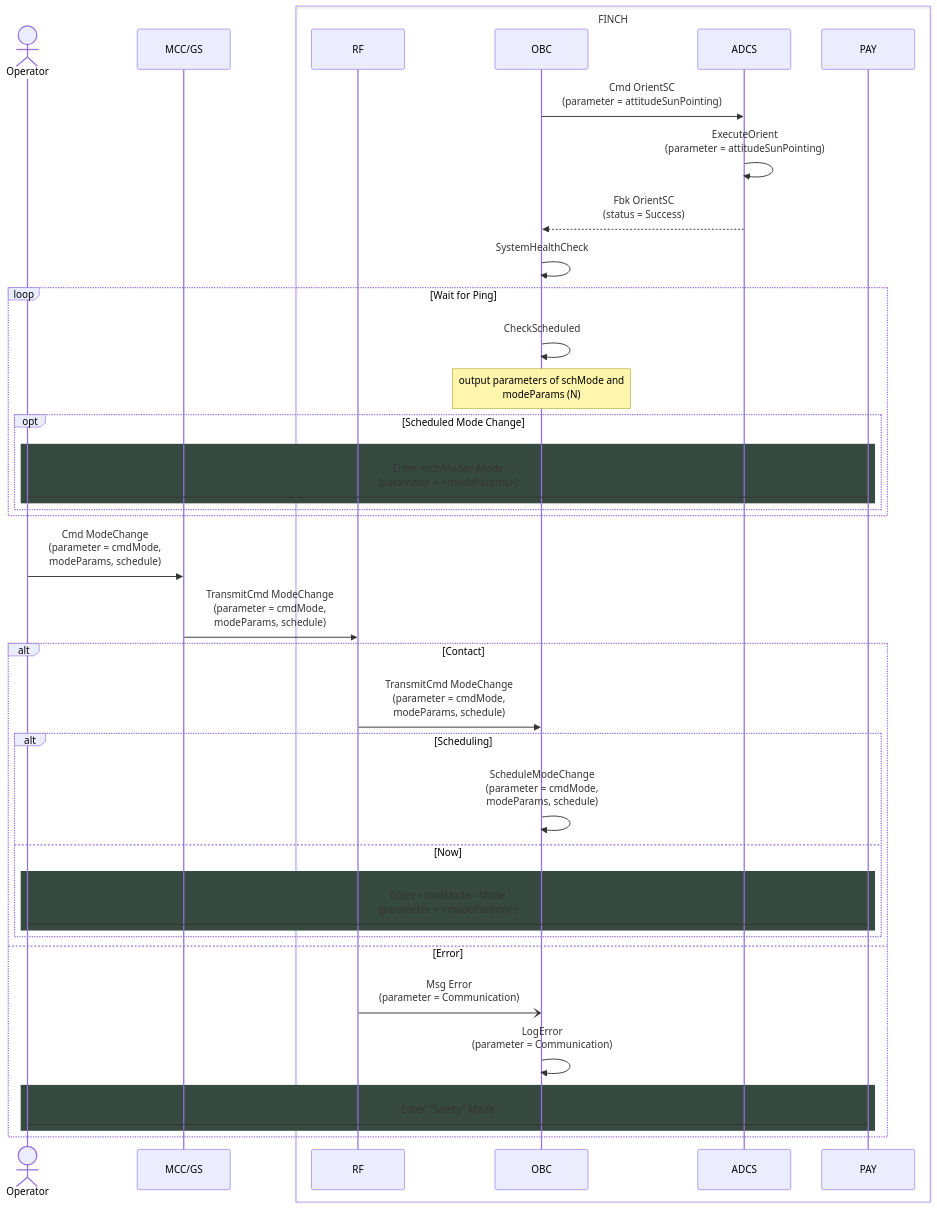
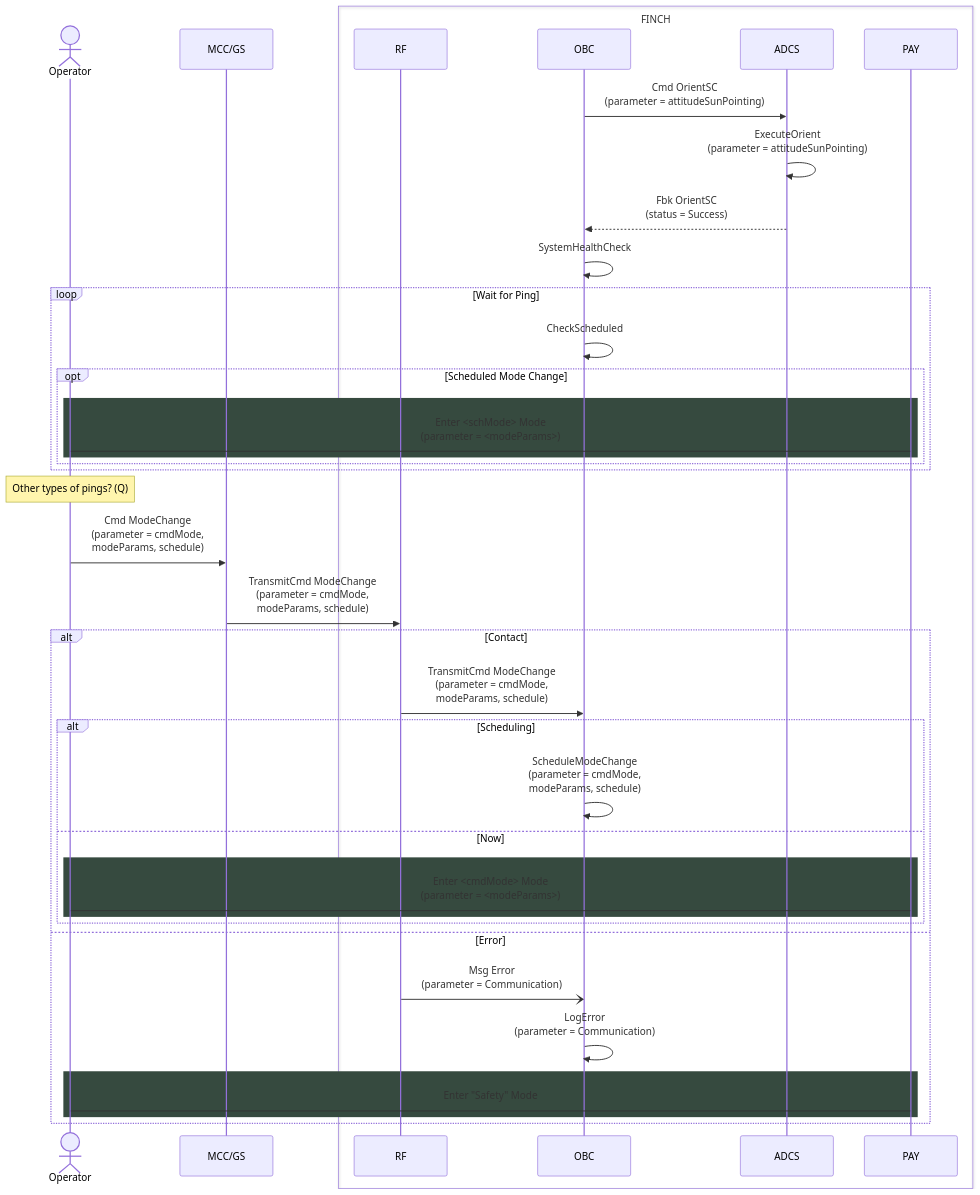
One commit to Addy-lit/FINCH-system-architecture changed the diagram in command sequences/idle-command.md. Above: the diagram before and after it, drawn with Mermaid.

````diff
--- a/command sequences/idle-command.md
+++ b/command sequences/idle-command.md
@@ -2,46 +2,46 @@
 ```mermaid
 sequenceDiagram
     actor Operator
     participant MCC/GS
     box FINCH
         participant RF
         participant OBC 
         participant ADCS
         participant PAY
     end
 
     OBC ->> ADCS: Cmd OrientSC <br> (parameter = attitudeSunPointing)
     ADCS ->> ADCS: ExecuteOrient <br> (parameter = attitudeSunPointing)
     ADCS -->> OBC: Fbk OrientSC <br> (status = Success)
     OBC ->> OBC: SystemHealthCheck
 
     loop Wait for Ping
         OBC ->> OBC: CheckScheduled
-        note over OBC: output parameters of schMode and <br> modeParams (N)
         opt Scheduled Mode Change
             rect rgb(54,74,63)
               	Operator -> PAY: Enter <schMode> Mode <br> (parameter = <modeParams>)
             end
         end
     end
 
+    note over Operator: Other types of pings? (Q)
     Operator ->> MCC/GS: Cmd ModeChange <br> (parameter = cmdMode, <br> modeParams, schedule)
     MCC/GS ->> RF: TransmitCmd ModeChange <br> (parameter = cmdMode, <br> modeParams, schedule)
     alt Contact
         RF ->> OBC: TransmitCmd ModeChange <br> (parameter = cmdMode, <br> modeParams, schedule)
         alt Scheduling
             OBC ->> OBC: ScheduleModeChange <br> (parameter = cmdMode, <br> modeParams, schedule)
         else Now
             rect rgb(54,74,63)
                 Operator -> PAY: Enter <cmdMode> Mode <br> (parameter = <modeParams>)
             end
         end
     else Error
         RF -) OBC: Msg Error <br> (parameter = Communication)
         OBC ->> OBC: LogError <br> (parameter = Communication)
         rect rgb(54,74,63)
             Operator -> PAY: Enter "Safety" Mode
         end
     end
 
 ```
````
